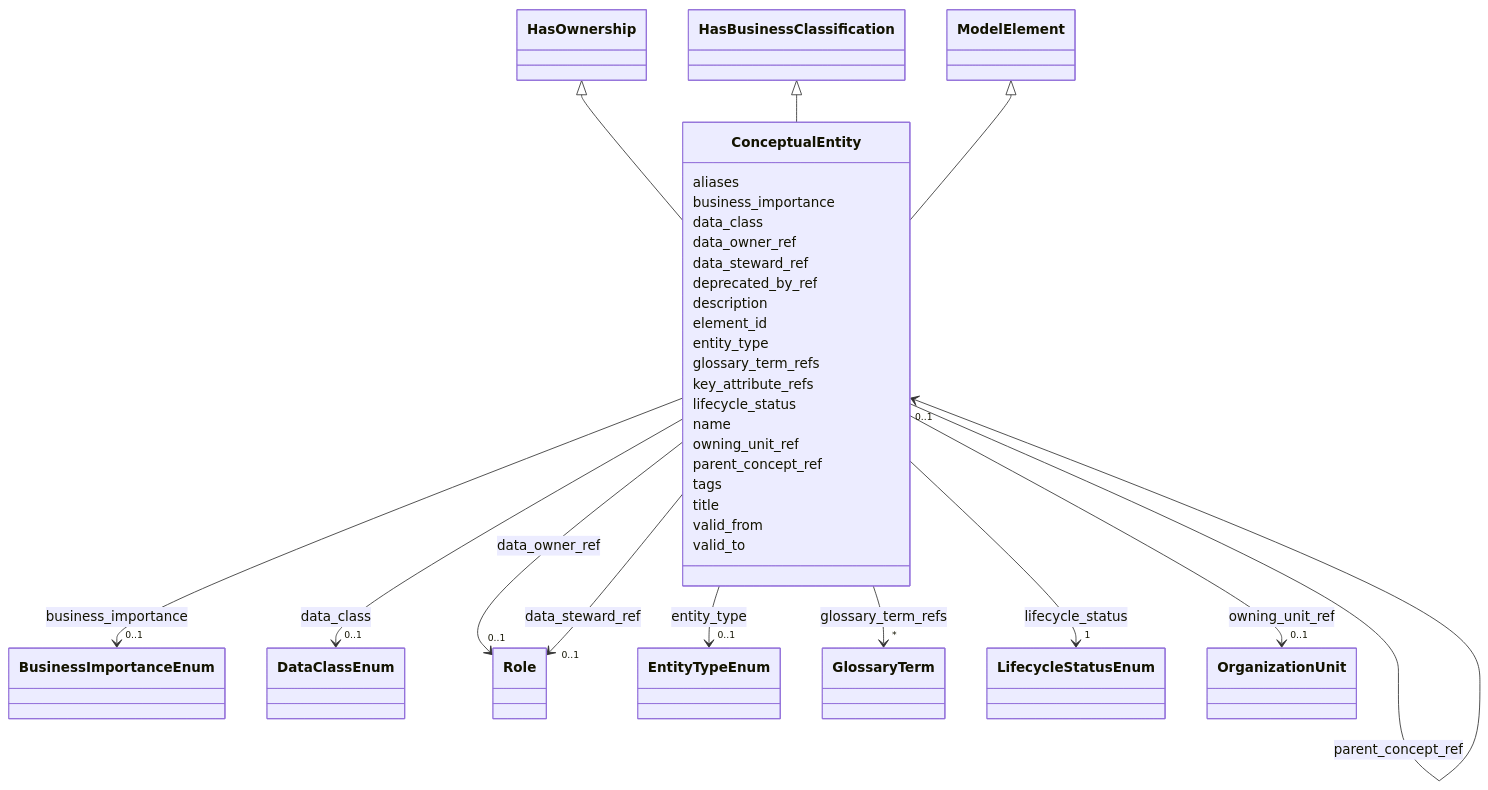
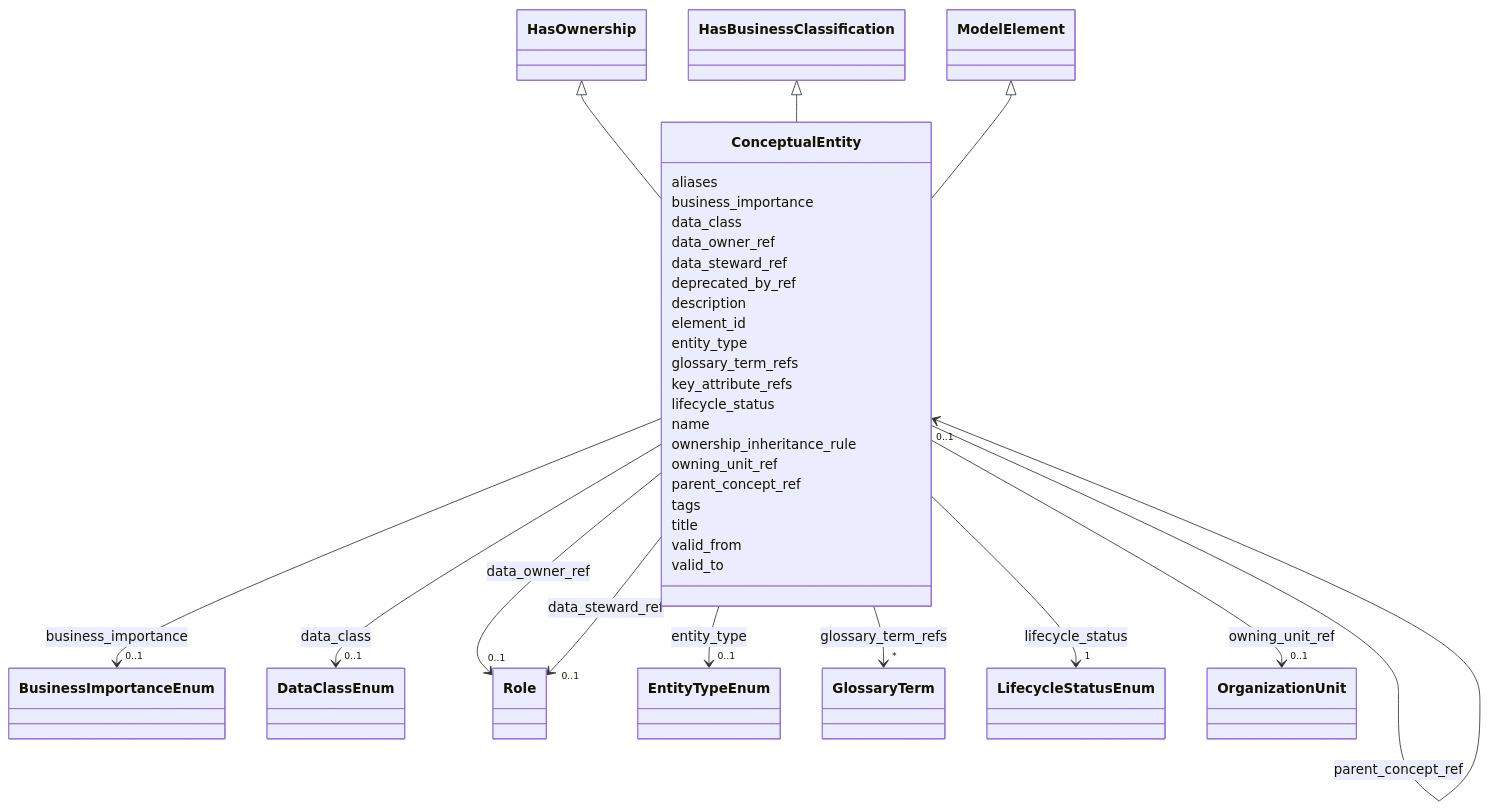
The diagram in generated/artifacts/moex-dams/0.1/diagrams/ConceptualEntity.md (oista/moex-data-model), drawn with Mermaid before and after one commit. The commit also changed 68 other files, not shown here.

```diff
--- a/generated/artifacts/moex-dams/0.1/diagrams/ConceptualEntity.md
+++ b/generated/artifacts/moex-dams/0.1/diagrams/ConceptualEntity.md
@@ -101,6 +101,8 @@
         
       ConceptualEntity : name
         
+      ConceptualEntity : ownership_inheritance_rule
+        
       ConceptualEntity : owning_unit_ref
         
           
```
